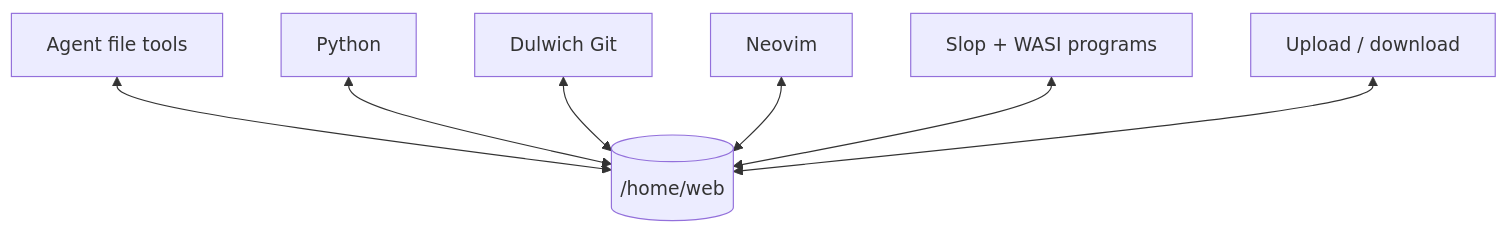
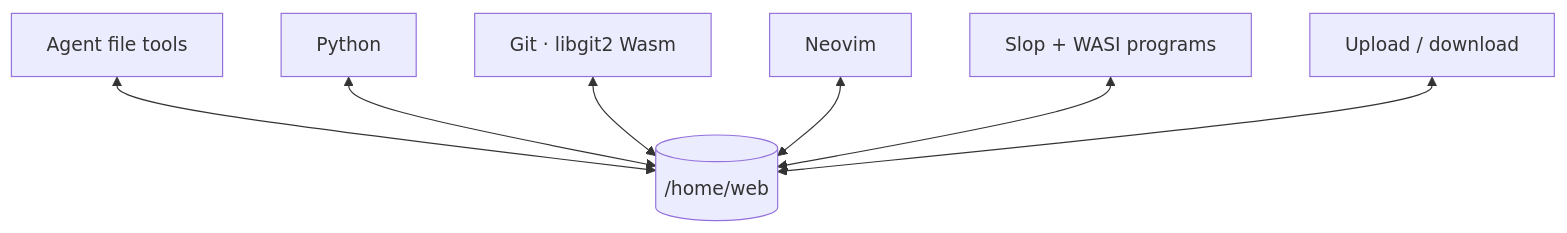
Before and after one commit to daugasauron/piodide: the diagram in docs/workspace.md, drawn with Mermaid. The commit also changed other lines of this file and 37 other files, not shown here.

````diff
--- a/docs/workspace.md
+++ b/docs/workspace.md
@@ -7,10 +7,10 @@
 ```mermaid
 flowchart TB
   FS[("/home/web")]
   Agent["Agent file tools"] <--> FS
   Python <--> FS
-  Git["Dulwich Git"] <--> FS
+  Git["Git · libgit2 Wasm"] <--> FS
   Neovim <--> FS
   Slop["Slop + WASI programs"] <--> FS
   Upload["Upload / download"] <--> FS
 ```
````
